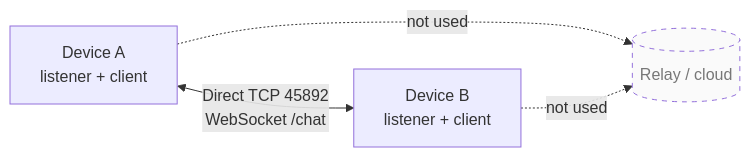
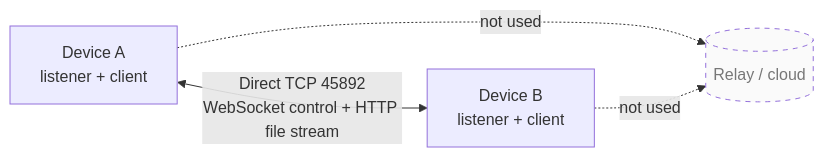
The first of 2 diagrams in docs/technical-principles/p2p-transport.md (x2ink/subnetdrop), drawn with Mermaid before and after one commit. The commit also changed other lines of this file and 18 other files, not shown here.

````diff
--- a/docs/technical-principles/p2p-transport.md
+++ b/docs/technical-principles/p2p-transport.md
@@ -8,8 +8,8 @@
 ```mermaid
 flowchart LR
-    A[Device A\nlistener + client] <-->|Direct TCP 45892\nWebSocket /chat| B[Device B\nlistener + client]
+    A[Device A\nlistener + client] <-->|Direct TCP 45892\nWebSocket control + HTTP file stream| B[Device B\nlistener + client]
     Relay[(Relay / cloud)]:::excluded
     A -. not used .-> Relay
     B -. not used .-> Relay
     classDef excluded stroke-dasharray: 5 5,fill:#fafafa,color:#777
 ```
````
